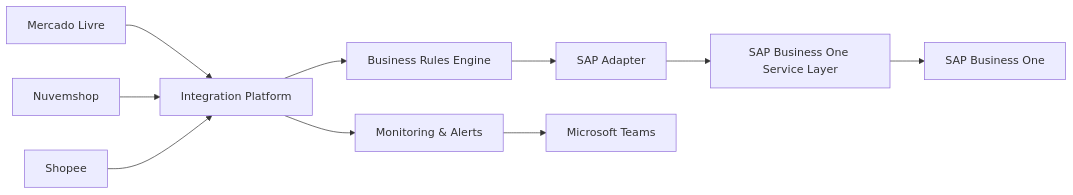
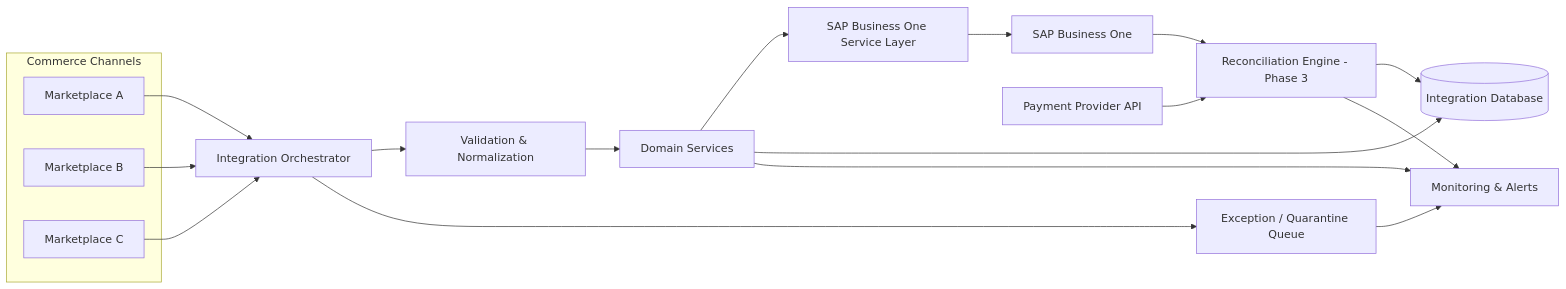
One commit to rmota13/sap-business-one-integration-platform changed the first of 3 diagrams in README.md. Above: the diagram before and after it, drawn with Mermaid. The commit also changed other lines of this file, not shown here.

Commit message:
docs: reposition repository as end-to-end commerce integration platform

````diff
--- a/README.md
+++ b/README.md
@@ -23,18 +30,27 @@
 ```mermaid
 flowchart LR
-    ML[Mercado Livre]
-    NS[Nuvemshop]
-    SP[Shopee]
+    subgraph Channels[Commerce Channels]
+        A[Marketplace A]
+        B[Marketplace B]
+        C[Marketplace C]
+    end
 
-    ML --> INTEGRATION[Integration Platform]
-    NS --> INTEGRATION
-    SP --> INTEGRATION
+    A --> O[Integration Orchestrator]
+    B --> O
+    C --> O
 
-    INTEGRATION --> RULES[Business Rules Engine]
-    RULES --> ADAPTER[SAP Adapter]
-    ADAPTER --> SL[SAP Business One Service Layer]
-    SL --> SAP[SAP Business One]
+    O --> V[Validation & Normalization]
+    V --> D[Domain Services]
+    D --> S[SAP Business One Service Layer]
+    S --> ERP[SAP Business One]
 
-    INTEGRATION --> MONITORING[Monitoring & Alerts]
-    MONITORING --> TEAMS[Microsoft Teams]
+    D --> DB[(Integration Database)]
+    O --> Q[Exception / Quarantine Queue]
+    D --> M[Monitoring & Alerts]
+    Q --> M
+
+    P[Payment Provider API] --> R[Reconciliation Engine - Phase 3]
+    ERP --> R
+    R --> DB
+    R --> M
 ```
````
